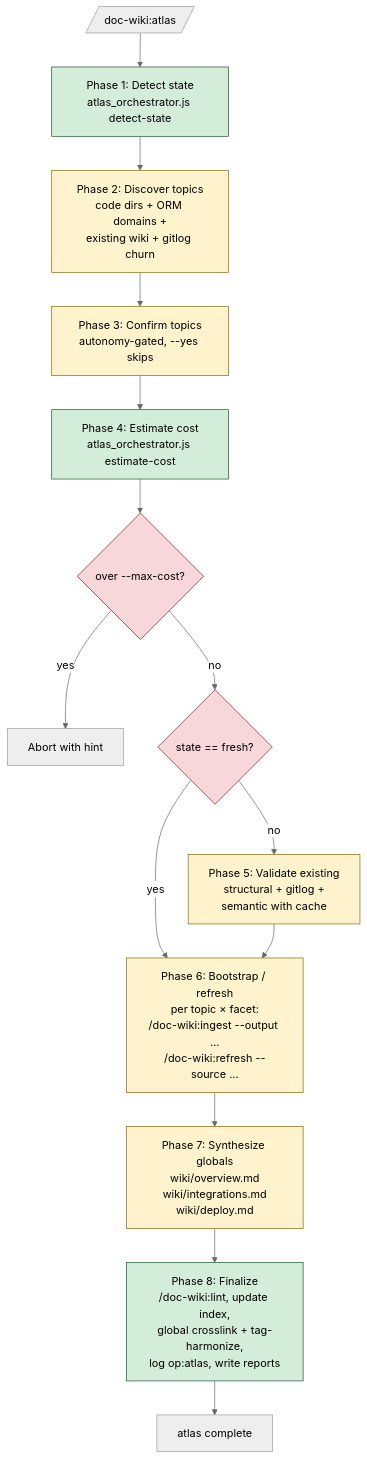
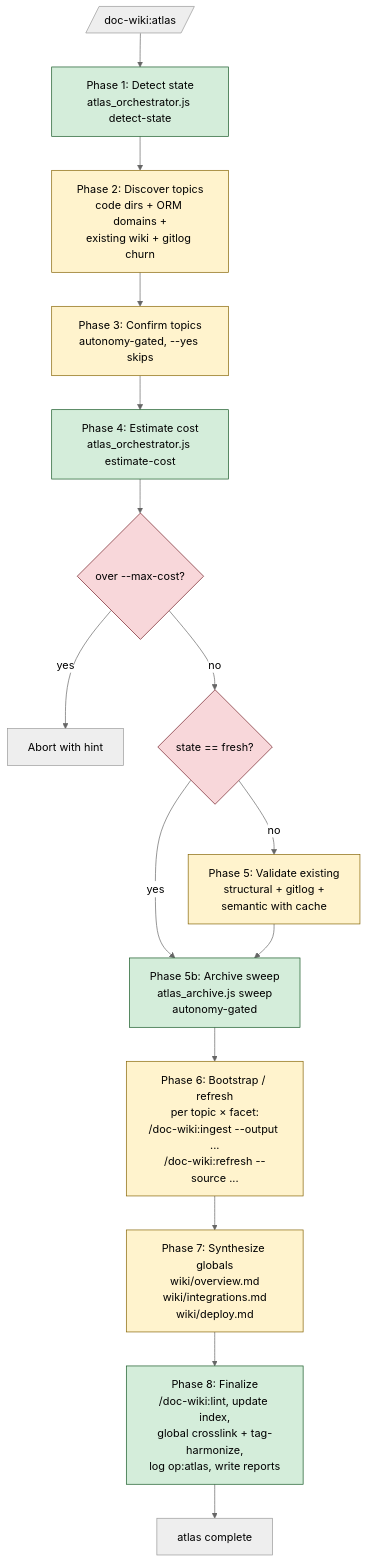
One commit to narailabs/doc-wiki changed the fourth of 4 diagrams in docs/internals/architecture.md. Above: the diagram before and after it, drawn with Mermaid (neutral theme). The commit also changed other lines of this file and 6 other files, not shown here.

````diff
--- a/docs/internals/architecture.md
+++ b/docs/internals/architecture.md
@@ -326,26 +327,28 @@
 ```mermaid
 flowchart TD
     A[/doc-wiki:atlas/] --> P1
     P1[Phase 1: Detect state\natlas_orchestrator.js detect-state] --> P2
     P2[Phase 2: Discover topics\ncode dirs + ORM domains +\nexisting wiki + gitlog churn] --> P3
     P3[Phase 3: Confirm topics\nautonomy-gated, --yes skips] --> P4
     P4[Phase 4: Estimate cost\natlas_orchestrator.js estimate-cost] --> P4D{over --max-cost?}
     P4D -- yes --> ABORT[Abort with hint]
     P4D -- no --> P5{state == fresh?}
-    P5 -- yes --> P6
+    P5 -- yes --> P5B
     P5 -- no --> P5V[Phase 5: Validate existing\nstructural + gitlog +\nsemantic with cache]
-    P5V --> P6
+    P5V --> P5B
+    P5B[Phase 5b: Archive sweep\natlas_archive.js sweep\nautonomy-gated]
+    P5B --> P6
     P6[Phase 6: Bootstrap / refresh\nper topic × facet:\n/doc-wiki:ingest --output ...\n/doc-wiki:refresh --source ...]
     P6 --> P7
     P7[Phase 7: Synthesize globals\nwiki/overview.md\nwiki/integrations.md\nwiki/deploy.md]
     P7 --> P8
     P8[Phase 8: Finalize\n/doc-wiki:lint, update index,\nglobal crosslink + tag-harmonize,\nlog op:atlas, write reports]
     P8 --> DONE[atlas complete]
 
     classDef llm fill:#fff3cd,stroke:#856404
     classDef det fill:#d4edda,stroke:#155724
     classDef gate fill:#f8d7da,stroke:#721c24
-    class P1,P4,P8 det
+    class P1,P4,P5B,P8 det
     class P2,P3,P5V,P6,P7 llm
     class P4D,P5 gate
 ```
````
